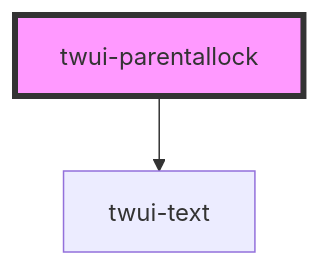
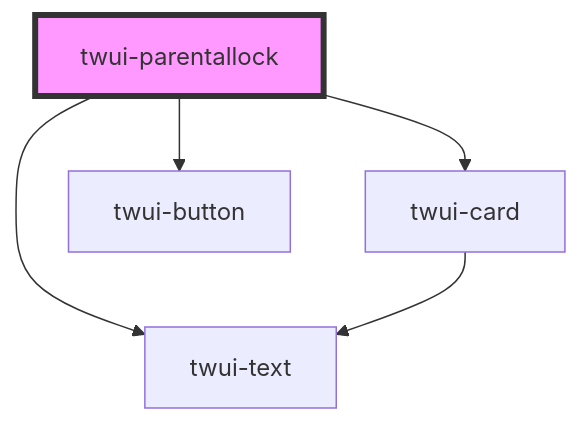
One commit to frostaura/TaleWeaver changed the diagram in src/frontend/src/components/twui/src/components/pages/parentallock/readme.md. Above: the diagram before and after it, drawn with Mermaid. The commit also changed other lines of this file and 12 other files, not shown here.

````diff
--- a/src/frontend/src/components/twui/src/components/pages/parentallock/readme.md
+++ b/src/frontend/src/components/twui/src/components/pages/parentallock/readme.md
@@ -15,5 +17,8 @@
 ```mermaid
 graph TD;
   twui-parentallock --> twui-text
+  twui-parentallock --> twui-card
+  twui-parentallock --> twui-button
+  twui-card --> twui-text
   style twui-parentallock fill:#f9f,stroke:#333,stroke-width:4px
 ```
````
